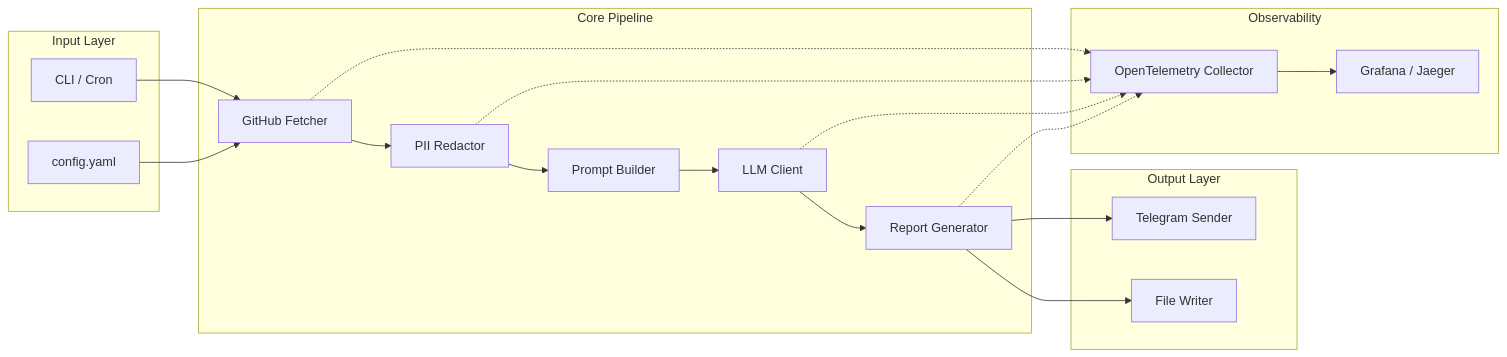
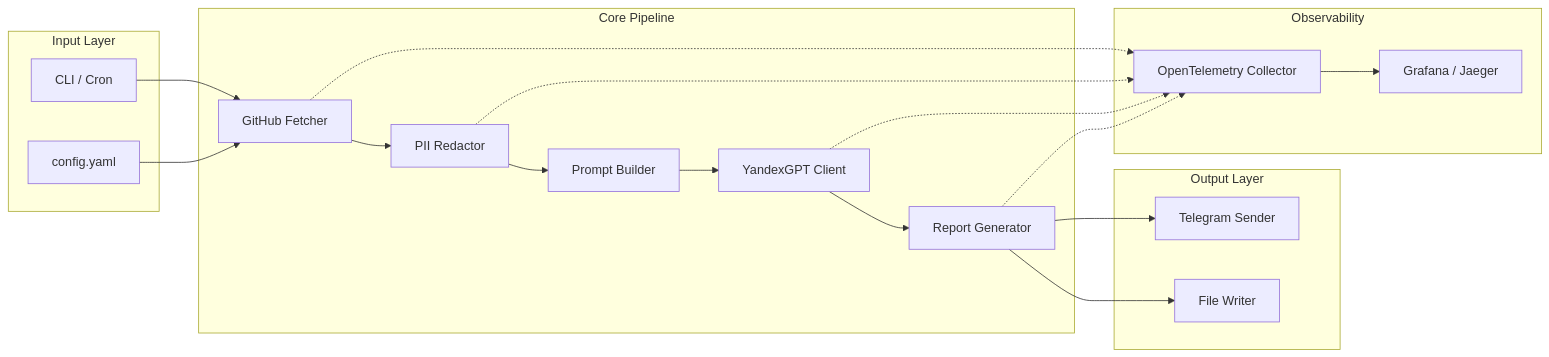
The first of 2 diagrams in design.md (realrvs/ai-tpm-copilot), drawn with Mermaid before and after one commit. The commit also changed other lines of this file and 25 other files, not shown here.

````diff
--- a/design.md
+++ b/design.md
@@ -25,35 +25,35 @@
 ```mermaid
 flowchart LR
     subgraph Input["Input Layer"]
         CLI[CLI / Cron]
         Config[config.yaml]
     end
     subgraph Core["Core Pipeline"]
         GH[GitHub Fetcher]
         PII[PII Redactor]
         Prompt[Prompt Builder]
-        LLM[LLM Client]
+        LLM[YandexGPT Client]
         Report[Report Generator]
     end
     subgraph Output["Output Layer"]
         TG[Telegram Sender]
         FS[File Writer]
     end
     subgraph Obs["Observability"]
         OTel[OpenTelemetry Collector]
         Graf[Grafana / Jaeger]
     end
     CLI --> GH
     Config --> GH
     GH --> PII
     PII --> Prompt
     Prompt --> LLM
     LLM --> Report
     Report --> TG
     Report --> FS
     GH -.-> OTel
     PII -.-> OTel
     LLM -.-> OTel
     Report -.-> OTel
     OTel --> Graf
 ```
````
